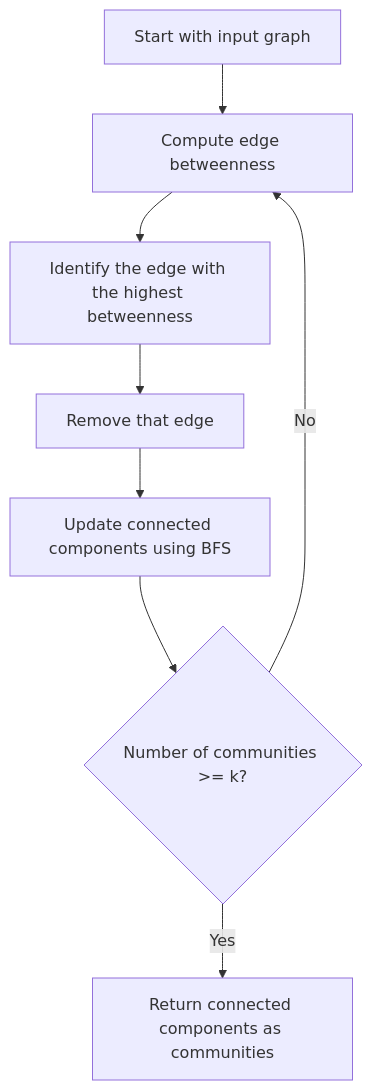
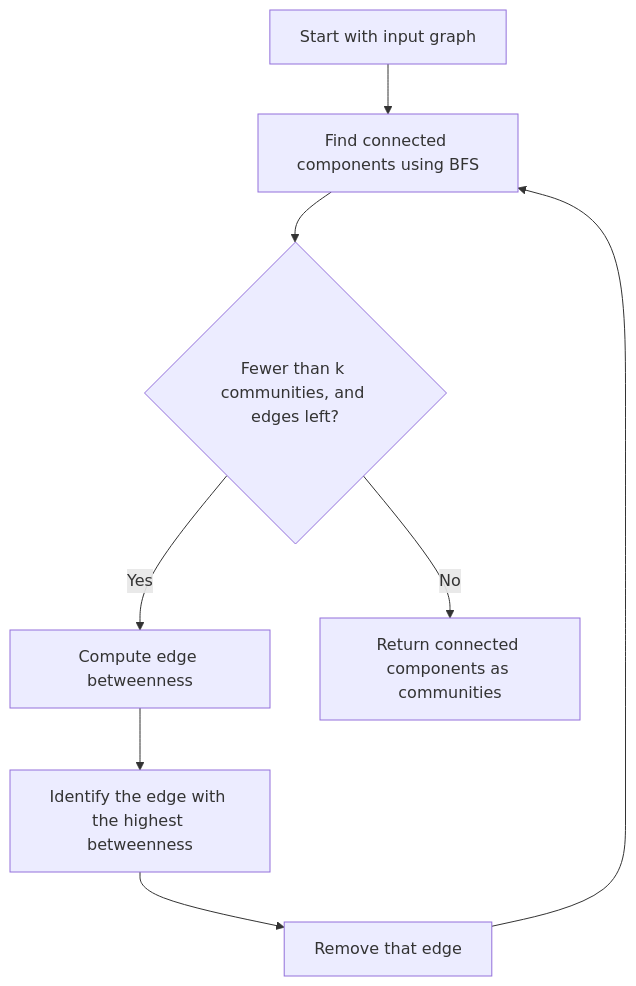
One commit to hmdsefi/gograph changed the first of 6 diagrams in partition/girvan-newman.md. Above: the diagram before and after it, drawn with Mermaid. The commit also changed other lines of this file and 1 other file, not shown here.

Commit message:
Show edge counts in the k-cut steps and the stop check in the Girvan-Newman flowchart

````diff
--- a/partition/girvan-newman.md
+++ b/partition/girvan-newman.md
@@ -79,10 +82,10 @@
 ```mermaid
 flowchart TD
-    start["Start with input graph"] --> compute["Compute edge betweenness"]
+    start["Start with input graph"] --> components["Find connected components using BFS"]
+    components --> check{"Fewer than k communities, and edges left?"}
+    check -- Yes --> compute["Compute edge betweenness"]
     compute --> identify["Identify the edge with the highest betweenness"]
     identify --> remove["Remove that edge"]
-    remove --> update["Update connected components using BFS"]
-    update --> check{"Number of communities >= k?"}
-    check -- No --> compute
-    check -- Yes --> done["Return connected components as communities"]
+    remove --> components
+    check -- No --> done["Return connected components as communities"]
 ```
````
